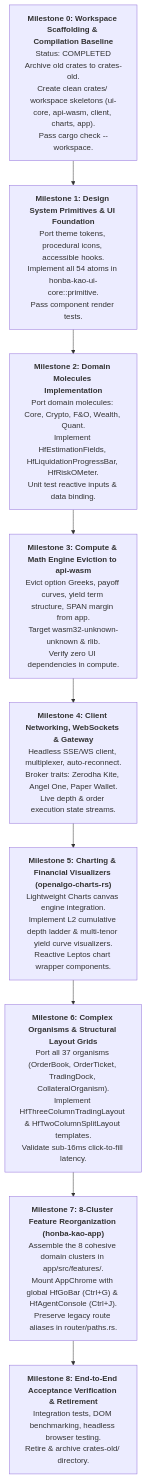
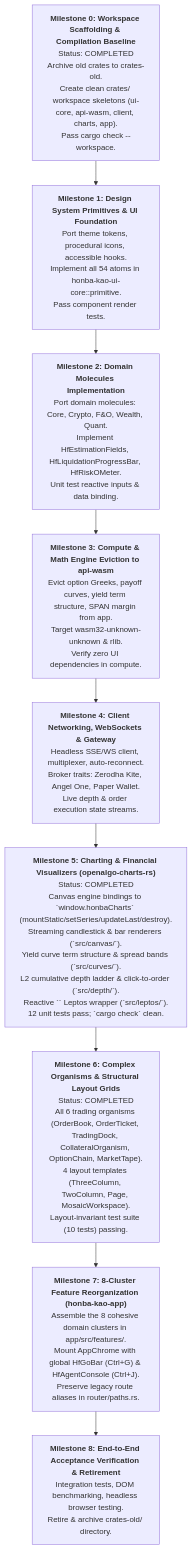
One commit to honba-labs/honba-kao changed the fifth of 5 diagrams in restructure.md. Above: the diagram before and after it, drawn with Mermaid. The commit also changed other lines of this file and 1 other file, not shown here.

First line of the commit message:
feat(milestone 6): complex organisms & structural layout grid verification

````diff
--- a/restructure.md
+++ b/restructure.md
@@ -1844,21 +1844,21 @@
 ```mermaid
 flowchart TD
     M0["<b>Milestone 0: Workspace Scaffolding & Compilation Baseline</b><br/>Status: COMPLETED<br/>Archive old crates to crates-old.<br/>Create clean crates/ workspace skeletons (ui-core, api-wasm, client, charts, app).<br/>Pass cargo check --workspace."]
     M1["<b>Milestone 1: Design System Primitives & UI Foundation</b><br/>Port theme tokens, procedural icons, accessible hooks.<br/>Implement all 54 atoms in honba-kao-ui-core::primitive.<br/>Pass component render tests."]
     M2["<b>Milestone 2: Domain Molecules Implementation</b><br/>Port domain molecules: Core, Crypto, F&O, Wealth, Quant.<br/>Implement HfEstimationFields, HfLiquidationProgressBar, HfRiskOMeter.<br/>Unit test reactive inputs & data binding."]
     M3["<b>Milestone 3: Compute & Math Engine Eviction to api-wasm</b><br/>Evict option Greeks, payoff curves, yield term structure, SPAN margin from app.<br/>Target wasm32-unknown-unknown & rlib.<br/>Verify zero UI dependencies in compute."]
     M4["<b>Milestone 4: Client Networking, WebSockets & Gateway</b><br/>Headless SSE/WS client, multiplexer, auto-reconnect.<br/>Broker traits: Zerodha Kite, Angel One, Paper Wallet.<br/>Live depth & order execution state streams."]
-    M5["<b>Milestone 5: Charting & Financial Visualizers (openalgo-charts-rs)</b><br/>Lightweight Charts canvas engine integration.<br/>Implement L2 cumulative depth ladder & multi-tenor yield curve visualizers.<br/>Reactive Leptos chart wrapper components."]
-    M6["<b>Milestone 6: Complex Organisms & Structural Layout Grids</b><br/>Port all 37 organisms (OrderBook, OrderTicket, TradingDock, CollateralOrganism).<br/>Implement HfThreeColumnTradingLayout & HfTwoColumnSplitLayout templates.<br/>Validate sub-16ms click-to-fill latency."]
+    M5["<b>Milestone 5: Charting & Financial Visualizers (openalgo-charts-rs)</b><br/>Status: COMPLETED<br/>Canvas engine bindings to `window.honbaCharts` (mountStatic/setSeries/updateLast/destroy).<br/>Streaming candlestick & bar renderers (`src/canvas/`).<br/>Yield curve term structure & spread bands (`src/curves/`).<br/>L2 cumulative depth ladder & click-to-order (`src/depth/`).<br/>Reactive `<OpenalgoChart />` Leptos wrapper (`src/leptos/`).<br/>12 unit tests pass; `cargo check` clean."]
+    M6["<b>Milestone 6: Complex Organisms & Structural Layout Grids</b><br/>Status: COMPLETED<br/>All 6 trading organisms (OrderBook, OrderTicket, TradingDock, CollateralOrganism, OptionChain, MarketTape).<br/>4 layout templates (ThreeColumn, TwoColumn, Page, MosaicWorkspace).<br/>Layout-invariant test suite (10 tests) passing."]
     M7["<b>Milestone 7: 8-Cluster Feature Reorganization (honba-kao-app)</b><br/>Assemble the 8 cohesive domain clusters in app/src/features/.<br/>Mount AppChrome with global HfGoBar (Ctrl+G) & HfAgentConsole (Ctrl+J).<br/>Preserve legacy route aliases in router/paths.rs."]
     M8["<b>Milestone 8: End-to-End Acceptance Verification & Retirement</b><br/>Integration tests, DOM benchmarking, headless browser testing.<br/>Retire & archive crates-old/ directory."]
 
     M0 --> M1
     M1 --> M2
     M2 --> M3
     M3 --> M4
     M4 --> M5
     M5 --> M6
     M6 --> M7
     M7 --> M8
 ```
````
